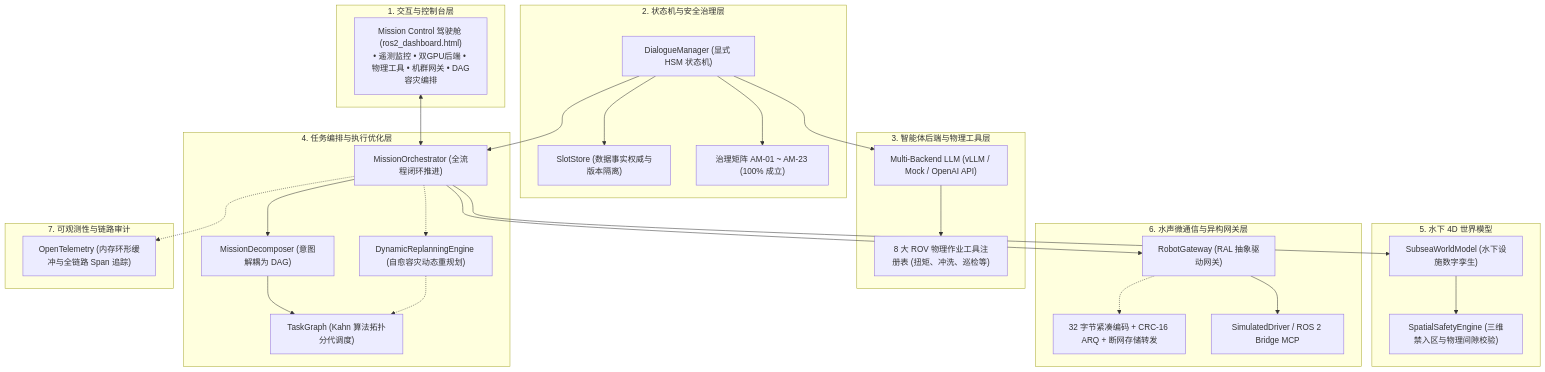
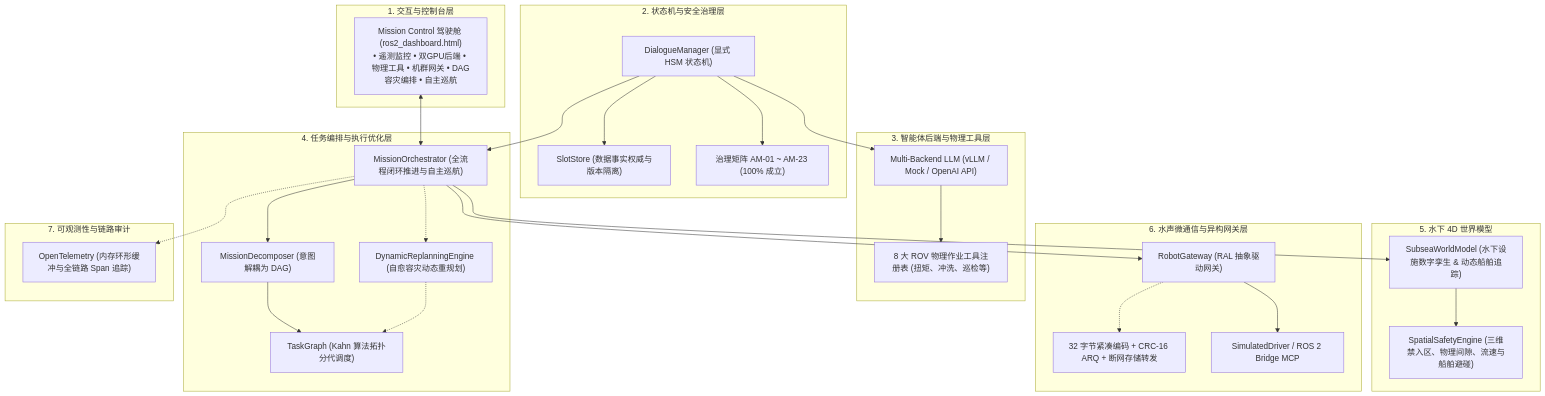
Before and after one commit to Pitohuie-AIversion/seagent1.0-main_asr: the diagram in docs/progress/2026-11-12-subsea-mission-orchestration-and-autonomy-closeout.md, drawn with Mermaid. The commit also changed other lines of this file, not shown here.

````diff
--- a/docs/progress/2026-11-12-subsea-mission-orchestration-and-autonomy-closeout.md
+++ b/docs/progress/2026-11-12-subsea-mission-orchestration-and-autonomy-closeout.md
@@ -50,51 +56,51 @@
 ```mermaid
 graph TD
     subgraph UI ["1. 交互与控制台层"]
-        Dashboard["Mission Control 驾驶舱 (ros2_dashboard.html)<br/>• 遥测监控 • 双GPU后端 • 物理工具 • 机群网关 • DAG容灾编排"]
+        Dashboard["Mission Control 驾驶舱 (ros2_dashboard.html)<br/>• 遥测监控 • 双GPU后端 • 物理工具 • 机群网关 • DAG容灾编排 • 自主巡航"]
     end
 
     subgraph Governance ["2. 状态机与安全治理层"]
         DM["DialogueManager (显式 HSM 状态机)"]
         SlotStore["SlotStore (数据事实权威与版本隔离)"]
         GovernanceMatrix["治理矩阵 AM-01 ~ AM-23 (100% 成立)"]
     end
 
     subgraph LLM_Tools ["3. 智能体后端与物理工具层"]
         Engine["Multi-Backend LLM (vLLM / Mock / OpenAI API)"]
         Tools["8 大 ROV 物理作业工具注册表 (扭矩、冲洗、巡检等)"]
     end
 
     subgraph Orchestration ["4. 任务编排与执行优化层"]
-        Orchestrator["MissionOrchestrator (全流程闭环推进)"]
+        Orchestrator["MissionOrchestrator (全流程闭环推进与自主巡航)"]
         Decomposer["MissionDecomposer (意图解耦为 DAG)"]
         TaskGraph["TaskGraph (Kahn 算法拓扑分代调度)"]
         Replanning["DynamicReplanningEngine (自愈容灾动态重规划)"]
     end
 
     subgraph DigitalTwin ["5. 水下 4D 世界模型"]
-        WorldModel["SubseaWorldModel (水下设施数字孪生)"]
-        SafetyEngine["SpatialSafetyEngine (三维禁入区与物理间隙校验)"]
+        WorldModel["SubseaWorldModel (水下设施数字孪生 & 动态船舶追踪)"]
+        SafetyEngine["SpatialSafetyEngine (三维禁入区、物理间隙、流速与船舶避碰)"]
     end
 
     subgraph Communication ["6. 水声微通信与异构网关层"]
         WeakComm["32 字节紧凑编码 + CRC-16 ARQ + 断网存储转发"]
         Gateway["RobotGateway (RAL 抽象驱动网关)"]
         Drivers["SimulatedDriver / ROS 2 Bridge MCP"]
     end
 
     subgraph Observability ["7. 可观测性与链路审计"]
         Otel["OpenTelemetry (内存环形缓冲与全链路 Span 追踪)"]
     end
 
     Dashboard <--> Orchestrator
     DM --> GovernanceMatrix
     DM --> SlotStore
     DM --> Engine --> Tools
     DM --> Orchestrator
     Orchestrator --> Decomposer --> TaskGraph
     Orchestrator --> WorldModel --> SafetyEngine
     Orchestrator --> Gateway --> Drivers
     Orchestrator -.-> Replanning -.-> TaskGraph
     Gateway -.-> WeakComm
     Orchestrator -.-> Otel
 ```
````
